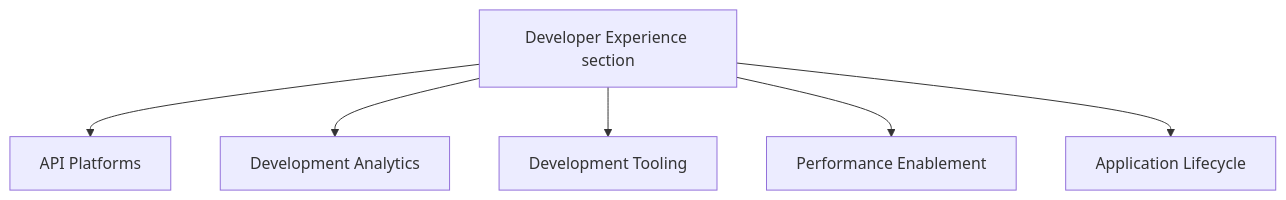
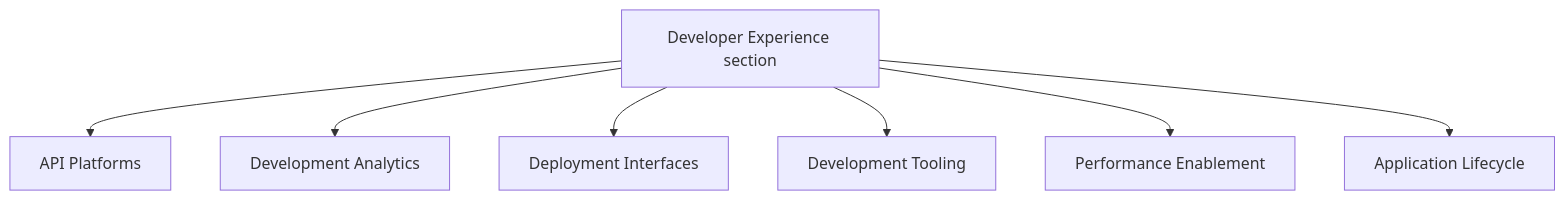
Before and after one commit to kyama0/gitlab-handbook-ja: the diagram in content/handbook/engineering/infrastructure-platforms/developer-experience/_index.md, drawn with Mermaid. The commit also changed other lines of this file and 22 other files, not shown here.

````diff
--- a/content/handbook/engineering/infrastructure-platforms/developer-experience/_index.md
+++ b/content/handbook/engineering/infrastructure-platforms/developer-experience/_index.md
@@ -120,16 +120,18 @@
 ```mermaid
 graph TD
     DE[Developer Experience section]
     click DE "/handbook/engineering/infrastructure-platforms/developer-experience"
 
     DE --> AP[API Platforms]
     click AP "/handbook/engineering/infrastructure-platforms/developer-experience/api"
     DE --> DA[Development Analytics]
     click DA "/handbook/engineering/infrastructure-platforms/developer-experience/development-analytics"
+    DE --> DI[Deployment Interfaces]
+    click DI "/handbook/engineering/infrastructure-platforms/developer-experience/deployment-interfaces"
     DE --> DT[Development Tooling]
     click DT "/handbook/engineering/infrastructure-platforms/developer-experience/development-tooling"
     DE --> PE[Performance Enablement]
     click PE "/handbook/engineering/infrastructure-platforms/developer-experience/performance-enablement"
     DE --> AL[Application Lifecycle]
     click AL "/handbook/engineering/infrastructure-platforms/developer-experience/application-lifecycle"
 ```
````
